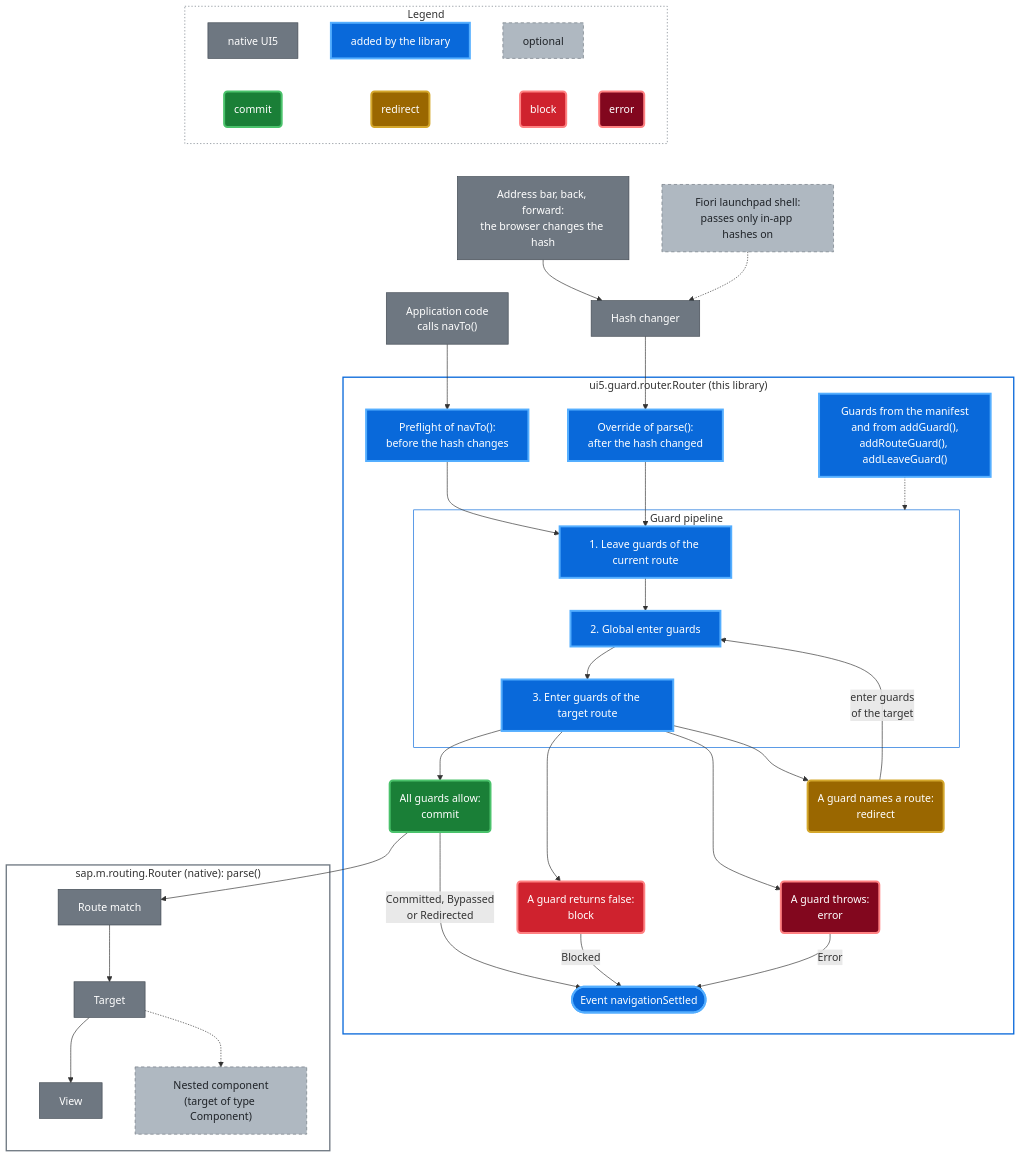
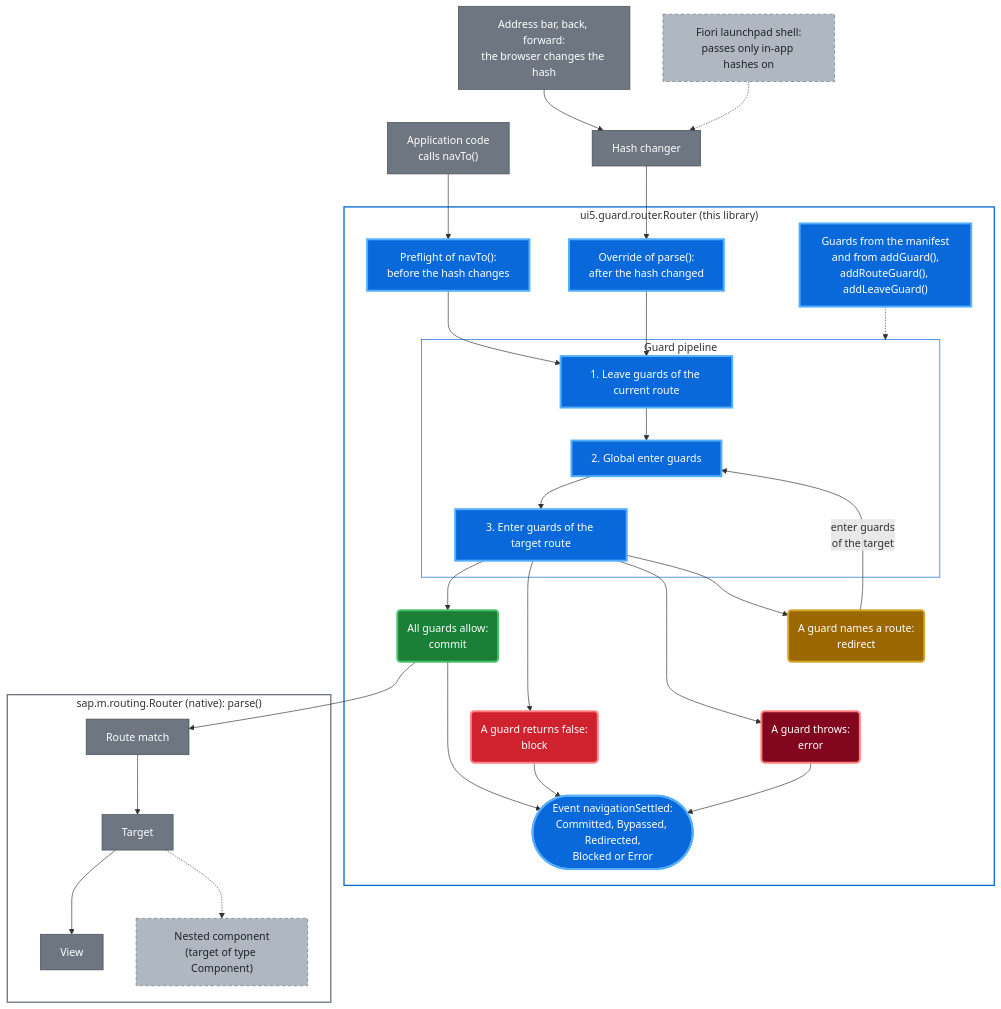
The first of 9 diagrams in packages/lib/README.md (wridgeu/ui5-lib-guard-router), drawn with Mermaid before and after one commit. The commit also changed 2 other files, not shown here.

Commit message:
docs: put the legend of the overview under it and straighten the demo route map
Claude-Session: https://claude.ai/code/session_01WgqSRUKcbEApXUbdrBBVmr

````diff
--- a/packages/lib/README.md
+++ b/packages/lib/README.md
@@ -183,18 +183,5 @@
 ```mermaid
 flowchart TD
-    subgraph legend ["Legend"]
-        lNative["native UI5"]
-        lAdded["added by the library"]
-        lOptional["optional"]
-        lCommit("commit")
-        lRedirect("redirect")
-        lBlock("block")
-        lError("error")
-        lNative ~~~ lCommit
-        lAdded ~~~ lRedirect
-        lOptional ~~~ lBlock
-    end
-
     bar["Address bar, back, forward:<br/>the browser changes the hash"]
     shell["Fiori launchpad shell:<br/>passes only in-app hashes on"]
     appCode["Application code<br/>calls navTo()"]
@@ -214,7 +201,7 @@
         redirect("A guard names a route:<br/>redirect")
         block("A guard returns false:<br/>block")
         error("A guard throws:<br/>error")
-        settled(["Event navigationSettled"])
+        settled(["Event navigationSettled:<br/>Committed, Bypassed, Redirected,<br/>Blocked or Error"])
     end
 
     subgraph native ["sap.m.routing.Router (native): parse()"]
@@ -222,7 +209,6 @@
         nested["Nested component<br/>(target of type Component)"]
     end
 
-    lBlock ~~~ bar
     bar --> hash
     shell -.-> hash
     hash --> parse
@@ -241,9 +227,9 @@
 
     commit --> match
     target -.-> nested
-    commit -- "Committed, Bypassed<br/>or Redirected" --> settled
-    block -- "Blocked" --> settled
-    error -- "Error" --> settled
+    commit --> settled
+    block --> settled
+    error --> settled
 
     classDef native fill:#6e7781,stroke:#424a53,color:#ffffff
     classDef added fill:#0969da,stroke:#54aeff,stroke-width:3px,color:#ffffff
@@ -252,14 +238,13 @@
     classDef redirect fill:#9a6700,stroke:#d4a72c,stroke-width:3px,color:#ffffff
     classDef block fill:#cf222e,stroke:#ff8182,stroke-width:3px,color:#ffffff
     classDef error fill:#82071e,stroke:#ff8182,stroke-width:3px,color:#ffffff
-    class lNative,bar,appCode,hash,match,target,view native
-    class lAdded,preflight,parse,sources,leave,global,enter,settled added
-    class lOptional,shell,nested optional
-    class lCommit,commit commit
-    class lRedirect,redirect redirect
-    class lBlock,block block
-    class lError,error error
-    style legend fill:none,stroke:#6e7781,stroke-dasharray:2 3
+    class bar,appCode,hash,match,target,view native
+    class preflight,parse,sources,leave,global,enter,settled added
+    class shell,nested optional
+    class commit commit
+    class redirect redirect
+    class block block
+    class error error
     style added fill:none,stroke:#0969da,stroke-width:2px
     style pipeline fill:none,stroke:#0969da
     style native fill:none,stroke:#6e7781,stroke-width:2px
````
